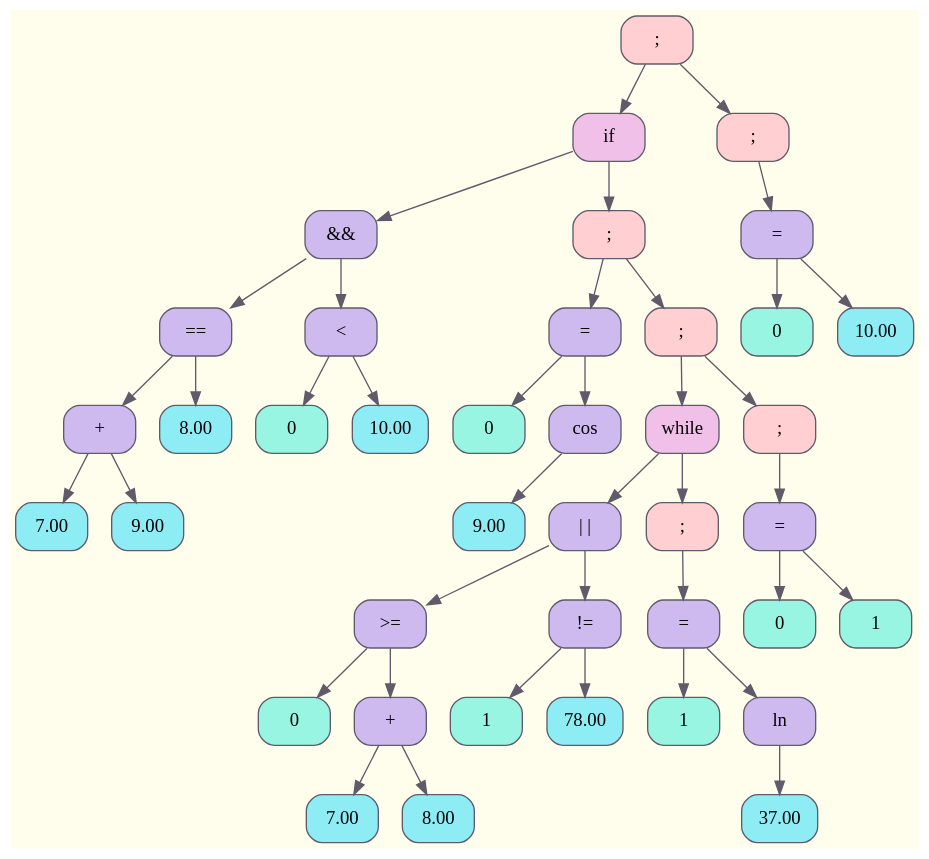
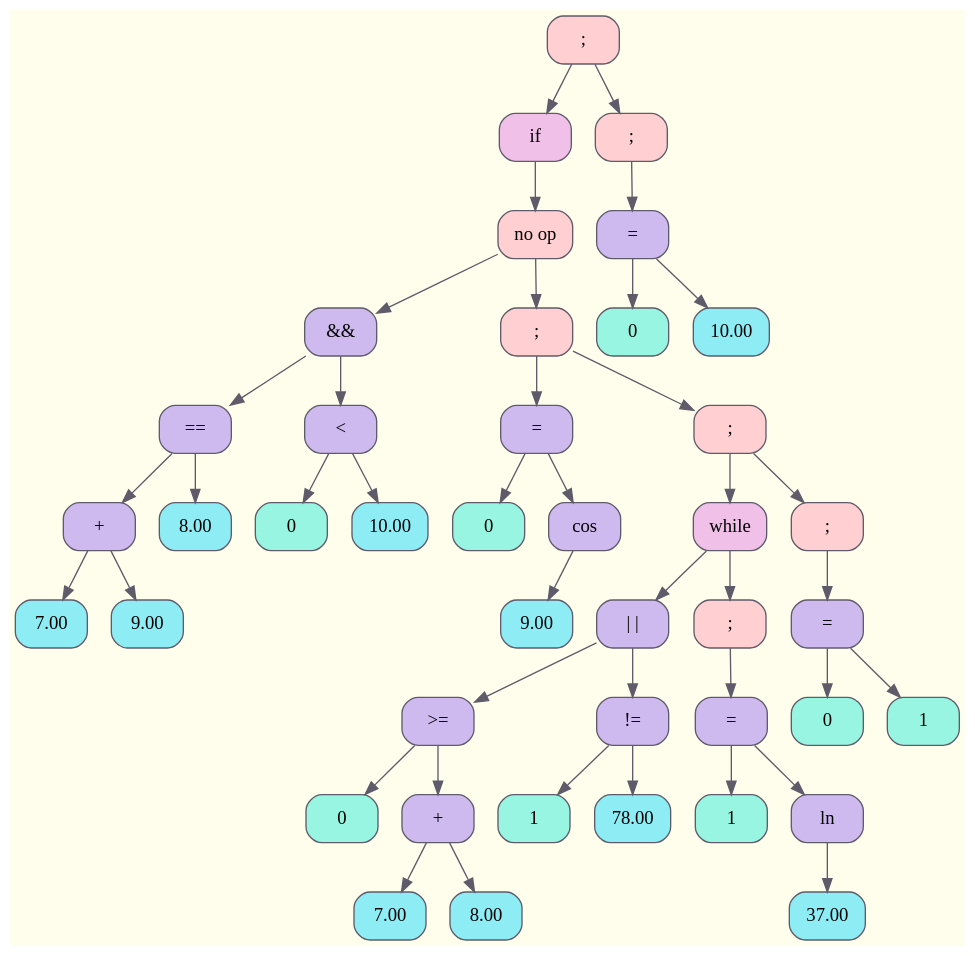
The diagram in frontend/debug/tree.dot (ksshkh/language), drawn with Graphviz before and after one commit. The commit also changed 5 other files, not shown here.

```diff
--- a/frontend/debug/tree.dot
+++ b/frontend/debug/tree.dot
@@ -1,85 +1,87 @@
 digraph Tree {
 	rankdir = TB;
 	node [shape = record];
 	edge [color = "#5F5B6A"];
 	bgcolor = "#FFFEEC";
-	node0x5a853feedb40 [color = "#5F5B6A", shape = Mrecord, style = filled, fillcolor = "#FFCFD2", label = "{;}"];
-		node0x5a853feedb40 -> node0x5a853feedab0
-	node0x5a853feedab0 [color = "#5F5B6A", shape = Mrecord, style = filled, fillcolor = "#F1C0E8", label = "{if}"];
-		node0x5a853feedab0 -> node0x5a853feed7e0
-	node0x5a853feed7e0 [color = "#5F5B6A", shape = Mrecord, style = filled, fillcolor = "#CFBAF0", label = "{&&}"];
-		node0x5a853feed7e0 -> node0x5a853feed780
-	node0x5a853feed780 [color = "#5F5B6A", shape = Mrecord, style = filled, fillcolor = "#CFBAF0", label = "{==}"];
-		node0x5a853feed780 -> node0x5a853feed750
-	node0x5a853feed750 [color = "#5F5B6A", shape = Mrecord, style = filled, fillcolor = "#CFBAF0", label = "{+}"];
-		node0x5a853feed750 -> node0x5a853feeca10
-	node0x5a853feeca10 [color = "#5F5B6A", shape = Mrecord, style = filled, fillcolor = "#8EECF5", label = "{7.00}"];
-		node0x5a853feed750 -> node0x5a853feeca70
-	node0x5a853feeca70 [color = "#5F5B6A", shape = Mrecord, style = filled, fillcolor = "#8EECF5", label = "{9.00}"];
-		node0x5a853feed780 -> node0x5a853feecad0
-	node0x5a853feecad0 [color = "#5F5B6A", shape = Mrecord, style = filled, fillcolor = "#8EECF5", label = "{8.00}"];
-		node0x5a853feed7e0 -> node0x5a853feed7b0
-	node0x5a853feed7b0 [color = "#5F5B6A", shape = Mrecord, style = filled, fillcolor = "#CFBAF0", label = "{&lt;}"];
-		node0x5a853feed7b0 -> node0x5a853feecb30
-	node0x5a853feecb30 [color = "#5F5B6A", shape = Mrecord, style = filled, fillcolor = "#98F5E1", label = "{0}"];
-		node0x5a853feed7b0 -> node0x5a853feecb90
-	node0x5a853feecb90 [color = "#5F5B6A", shape = Mrecord, style = filled, fillcolor = "#8EECF5", label = "{10.00}"];
-		node0x5a853feedab0 -> node0x5a853feeda80
-	node0x5a853feeda80 [color = "#5F5B6A", shape = Mrecord, style = filled, fillcolor = "#FFCFD2", label = "{;}"];
-		node0x5a853feeda80 -> node0x5a853feed840
-	node0x5a853feed840 [color = "#5F5B6A", shape = Mrecord, style = filled, fillcolor = "#CFBAF0", label = "{=}"];
-		node0x5a853feed840 -> node0x5a853feecc20
-	node0x5a853feecc20 [color = "#5F5B6A", shape = Mrecord, style = filled, fillcolor = "#98F5E1", label = "{0}"];
-		node0x5a853feed840 -> node0x5a853feed810
-	node0x5a853feed810 [color = "#5F5B6A", shape = Mrecord, style = filled, fillcolor = "#CFBAF0", label = "{cos}"];
-		node0x5a853feed810 -> node0x5a853feecce0
-	node0x5a853feecce0 [color = "#5F5B6A", shape = Mrecord, style = filled, fillcolor = "#8EECF5", label = "{9.00}"];
-		node0x5a853feeda80 -> node0x5a853feeda50
-	node0x5a853feeda50 [color = "#5F5B6A", shape = Mrecord, style = filled, fillcolor = "#FFCFD2", label = "{;}"];
-		node0x5a853feeda50 -> node0x5a853feed9c0
-	node0x5a853feed9c0 [color = "#5F5B6A", shape = Mrecord, style = filled, fillcolor = "#F1C0E8", label = "{while}"];
-		node0x5a853feed9c0 -> node0x5a853feed900
-	node0x5a853feed900 [color = "#5F5B6A", shape = Mrecord, style = filled, fillcolor = "#CFBAF0", label = "{\| \|}"];
-		node0x5a853feed900 -> node0x5a853feed8a0
-	node0x5a853feed8a0 [color = "#5F5B6A", shape = Mrecord, style = filled, fillcolor = "#CFBAF0", label = "{&gt;=}"];
-		node0x5a853feed8a0 -> node0x5a853feecdd0
-	node0x5a853feecdd0 [color = "#5F5B6A", shape = Mrecord, style = filled, fillcolor = "#98F5E1", label = "{0}"];
-		node0x5a853feed8a0 -> node0x5a853feed870
-	node0x5a853feed870 [color = "#5F5B6A", shape = Mrecord, style = filled, fillcolor = "#CFBAF0", label = "{+}"];
-		node0x5a853feed870 -> node0x5a853feece30
-	node0x5a853feece30 [color = "#5F5B6A", shape = Mrecord, style = filled, fillcolor = "#8EECF5", label = "{7.00}"];
-		node0x5a853feed870 -> node0x5a853feece90
-	node0x5a853feece90 [color = "#5F5B6A", shape = Mrecord, style = filled, fillcolor = "#8EECF5", label = "{8.00}"];
-		node0x5a853feed900 -> node0x5a853feed8d0
-	node0x5a853feed8d0 [color = "#5F5B6A", shape = Mrecord, style = filled, fillcolor = "#CFBAF0", label = "{!=}"];
-		node0x5a853feed8d0 -> node0x5a853feecef0
-	node0x5a853feecef0 [color = "#5F5B6A", shape = Mrecord, style = filled, fillcolor = "#98F5E1", label = "{1}"];
-		node0x5a853feed8d0 -> node0x5a853feecf50
-	node0x5a853feecf50 [color = "#5F5B6A", shape = Mrecord, style = filled, fillcolor = "#8EECF5", label = "{78.00}"];
-		node0x5a853feed9c0 -> node0x5a853feed990
-	node0x5a853feed990 [color = "#5F5B6A", shape = Mrecord, style = filled, fillcolor = "#FFCFD2", label = "{;}"];
-		node0x5a853feed990 -> node0x5a853feed960
-	node0x5a853feed960 [color = "#5F5B6A", shape = Mrecord, style = filled, fillcolor = "#CFBAF0", label = "{=}"];
-		node0x5a853feed960 -> node0x5a853feecfe0
-	node0x5a853feecfe0 [color = "#5F5B6A", shape = Mrecord, style = filled, fillcolor = "#98F5E1", label = "{1}"];
-		node0x5a853feed960 -> node0x5a853feed930
-	node0x5a853feed930 [color = "#5F5B6A", shape = Mrecord, style = filled, fillcolor = "#CFBAF0", label = "{ln}"];
-		node0x5a853feed930 -> node0x5a853feed0a0
-	node0x5a853feed0a0 [color = "#5F5B6A", shape = Mrecord, style = filled, fillcolor = "#8EECF5", label = "{37.00}"];
-		node0x5a853feeda50 -> node0x5a853feeda20
-	node0x5a853feeda20 [color = "#5F5B6A", shape = Mrecord, style = filled, fillcolor = "#FFCFD2", label = "{;}"];
-		node0x5a853feeda20 -> node0x5a853feed9f0
-	node0x5a853feed9f0 [color = "#5F5B6A", shape = Mrecord, style = filled, fillcolor = "#CFBAF0", label = "{=}"];
-		node0x5a853feed9f0 -> node0x5a853feed160
-	node0x5a853feed160 [color = "#5F5B6A", shape = Mrecord, style = filled, fillcolor = "#98F5E1", label = "{0}"];
-		node0x5a853feed9f0 -> node0x5a853feed1c0
-	node0x5a853feed1c0 [color = "#5F5B6A", shape = Mrecord, style = filled, fillcolor = "#98F5E1", label = "{1}"];
-		node0x5a853feedb40 -> node0x5a853feedb10
-	node0x5a853feedb10 [color = "#5F5B6A", shape = Mrecord, style = filled, fillcolor = "#FFCFD2", label = "{;}"];
-		node0x5a853feedb10 -> node0x5a853feedae0
-	node0x5a853feedae0 [color = "#5F5B6A", shape = Mrecord, style = filled, fillcolor = "#CFBAF0", label = "{=}"];
-		node0x5a853feedae0 -> node0x5a853feed250
-	node0x5a853feed250 [color = "#5F5B6A", shape = Mrecord, style = filled, fillcolor = "#98F5E1", label = "{0}"];
-		node0x5a853feedae0 -> node0x5a853feed2b0
-	node0x5a853feed2b0 [color = "#5F5B6A", shape = Mrecord, style = filled, fillcolor = "#8EECF5", label = "{10.00}"];
+	node0x6303d61acb70 [color = "#5F5B6A", shape = Mrecord, style = filled, fillcolor = "#FFCFD2", label = "{;}"];
+		node0x6303d61acb70 -> node0x6303d61acae0
+	node0x6303d61acae0 [color = "#5F5B6A", shape = Mrecord, style = filled, fillcolor = "#F1C0E8", label = "{if}"];
+		node0x6303d61acae0 -> node0x6303d61acab0
+	node0x6303d61acab0 [color = "#5F5B6A", shape = Mrecord, style = filled, fillcolor = "#FFCFD2", label = "{no op}"];
+		node0x6303d61acab0 -> node0x6303d61ac7e0
+	node0x6303d61ac7e0 [color = "#5F5B6A", shape = Mrecord, style = filled, fillcolor = "#CFBAF0", label = "{&&}"];
+		node0x6303d61ac7e0 -> node0x6303d61ac780
+	node0x6303d61ac780 [color = "#5F5B6A", shape = Mrecord, style = filled, fillcolor = "#CFBAF0", label = "{==}"];
+		node0x6303d61ac780 -> node0x6303d61ac750
+	node0x6303d61ac750 [color = "#5F5B6A", shape = Mrecord, style = filled, fillcolor = "#CFBAF0", label = "{+}"];
+		node0x6303d61ac750 -> node0x6303d61aba10
+	node0x6303d61aba10 [color = "#5F5B6A", shape = Mrecord, style = filled, fillcolor = "#8EECF5", label = "{7.00}"];
+		node0x6303d61ac750 -> node0x6303d61aba70
+	node0x6303d61aba70 [color = "#5F5B6A", shape = Mrecord, style = filled, fillcolor = "#8EECF5", label = "{9.00}"];
+		node0x6303d61ac780 -> node0x6303d61abad0
+	node0x6303d61abad0 [color = "#5F5B6A", shape = Mrecord, style = filled, fillcolor = "#8EECF5", label = "{8.00}"];
+		node0x6303d61ac7e0 -> node0x6303d61ac7b0
+	node0x6303d61ac7b0 [color = "#5F5B6A", shape = Mrecord, style = filled, fillcolor = "#CFBAF0", label = "{&lt;}"];
+		node0x6303d61ac7b0 -> node0x6303d61abb30
+	node0x6303d61abb30 [color = "#5F5B6A", shape = Mrecord, style = filled, fillcolor = "#98F5E1", label = "{0}"];
+		node0x6303d61ac7b0 -> node0x6303d61abb90
+	node0x6303d61abb90 [color = "#5F5B6A", shape = Mrecord, style = filled, fillcolor = "#8EECF5", label = "{10.00}"];
+		node0x6303d61acab0 -> node0x6303d61aca80
+	node0x6303d61aca80 [color = "#5F5B6A", shape = Mrecord, style = filled, fillcolor = "#FFCFD2", label = "{;}"];
+		node0x6303d61aca80 -> node0x6303d61ac840
+	node0x6303d61ac840 [color = "#5F5B6A", shape = Mrecord, style = filled, fillcolor = "#CFBAF0", label = "{=}"];
+		node0x6303d61ac840 -> node0x6303d61abc20
+	node0x6303d61abc20 [color = "#5F5B6A", shape = Mrecord, style = filled, fillcolor = "#98F5E1", label = "{0}"];
+		node0x6303d61ac840 -> node0x6303d61ac810
+	node0x6303d61ac810 [color = "#5F5B6A", shape = Mrecord, style = filled, fillcolor = "#CFBAF0", label = "{cos}"];
+		node0x6303d61ac810 -> node0x6303d61abce0
+	node0x6303d61abce0 [color = "#5F5B6A", shape = Mrecord, style = filled, fillcolor = "#8EECF5", label = "{9.00}"];
+		node0x6303d61aca80 -> node0x6303d61aca50
+	node0x6303d61aca50 [color = "#5F5B6A", shape = Mrecord, style = filled, fillcolor = "#FFCFD2", label = "{;}"];
+		node0x6303d61aca50 -> node0x6303d61ac9c0
+	node0x6303d61ac9c0 [color = "#5F5B6A", shape = Mrecord, style = filled, fillcolor = "#F1C0E8", label = "{while}"];
+		node0x6303d61ac9c0 -> node0x6303d61ac900
+	node0x6303d61ac900 [color = "#5F5B6A", shape = Mrecord, style = filled, fillcolor = "#CFBAF0", label = "{\| \|}"];
+		node0x6303d61ac900 -> node0x6303d61ac8a0
+	node0x6303d61ac8a0 [color = "#5F5B6A", shape = Mrecord, style = filled, fillcolor = "#CFBAF0", label = "{&gt;=}"];
+		node0x6303d61ac8a0 -> node0x6303d61abdd0
+	node0x6303d61abdd0 [color = "#5F5B6A", shape = Mrecord, style = filled, fillcolor = "#98F5E1", label = "{0}"];
+		node0x6303d61ac8a0 -> node0x6303d61ac870
+	node0x6303d61ac870 [color = "#5F5B6A", shape = Mrecord, style = filled, fillcolor = "#CFBAF0", label = "{+}"];
+		node0x6303d61ac870 -> node0x6303d61abe30
+	node0x6303d61abe30 [color = "#5F5B6A", shape = Mrecord, style = filled, fillcolor = "#8EECF5", label = "{7.00}"];
+		node0x6303d61ac870 -> node0x6303d61abe90
+	node0x6303d61abe90 [color = "#5F5B6A", shape = Mrecord, style = filled, fillcolor = "#8EECF5", label = "{8.00}"];
+		node0x6303d61ac900 -> node0x6303d61ac8d0
+	node0x6303d61ac8d0 [color = "#5F5B6A", shape = Mrecord, style = filled, fillcolor = "#CFBAF0", label = "{!=}"];
+		node0x6303d61ac8d0 -> node0x6303d61abef0
+	node0x6303d61abef0 [color = "#5F5B6A", shape = Mrecord, style = filled, fillcolor = "#98F5E1", label = "{1}"];
+		node0x6303d61ac8d0 -> node0x6303d61abf50
+	node0x6303d61abf50 [color = "#5F5B6A", shape = Mrecord, style = filled, fillcolor = "#8EECF5", label = "{78.00}"];
+		node0x6303d61ac9c0 -> node0x6303d61ac990
+	node0x6303d61ac990 [color = "#5F5B6A", shape = Mrecord, style = filled, fillcolor = "#FFCFD2", label = "{;}"];
+		node0x6303d61ac990 -> node0x6303d61ac960
+	node0x6303d61ac960 [color = "#5F5B6A", shape = Mrecord, style = filled, fillcolor = "#CFBAF0", label = "{=}"];
+		node0x6303d61ac960 -> node0x6303d61abfe0
+	node0x6303d61abfe0 [color = "#5F5B6A", shape = Mrecord, style = filled, fillcolor = "#98F5E1", label = "{1}"];
+		node0x6303d61ac960 -> node0x6303d61ac930
+	node0x6303d61ac930 [color = "#5F5B6A", shape = Mrecord, style = filled, fillcolor = "#CFBAF0", label = "{ln}"];
+		node0x6303d61ac930 -> node0x6303d61ac0a0
+	node0x6303d61ac0a0 [color = "#5F5B6A", shape = Mrecord, style = filled, fillcolor = "#8EECF5", label = "{37.00}"];
+		node0x6303d61aca50 -> node0x6303d61aca20
+	node0x6303d61aca20 [color = "#5F5B6A", shape = Mrecord, style = filled, fillcolor = "#FFCFD2", label = "{;}"];
+		node0x6303d61aca20 -> node0x6303d61ac9f0
+	node0x6303d61ac9f0 [color = "#5F5B6A", shape = Mrecord, style = filled, fillcolor = "#CFBAF0", label = "{=}"];
+		node0x6303d61ac9f0 -> node0x6303d61ac160
+	node0x6303d61ac160 [color = "#5F5B6A", shape = Mrecord, style = filled, fillcolor = "#98F5E1", label = "{0}"];
+		node0x6303d61ac9f0 -> node0x6303d61ac1c0
+	node0x6303d61ac1c0 [color = "#5F5B6A", shape = Mrecord, style = filled, fillcolor = "#98F5E1", label = "{1}"];
+		node0x6303d61acb70 -> node0x6303d61acb40
+	node0x6303d61acb40 [color = "#5F5B6A", shape = Mrecord, style = filled, fillcolor = "#FFCFD2", label = "{;}"];
+		node0x6303d61acb40 -> node0x6303d61acb10
+	node0x6303d61acb10 [color = "#5F5B6A", shape = Mrecord, style = filled, fillcolor = "#CFBAF0", label = "{=}"];
+		node0x6303d61acb10 -> node0x6303d61ac250
+	node0x6303d61ac250 [color = "#5F5B6A", shape = Mrecord, style = filled, fillcolor = "#98F5E1", label = "{0}"];
+		node0x6303d61acb10 -> node0x6303d61ac2b0
+	node0x6303d61ac2b0 [color = "#5F5B6A", shape = Mrecord, style = filled, fillcolor = "#8EECF5", label = "{10.00}"];
 }
```
